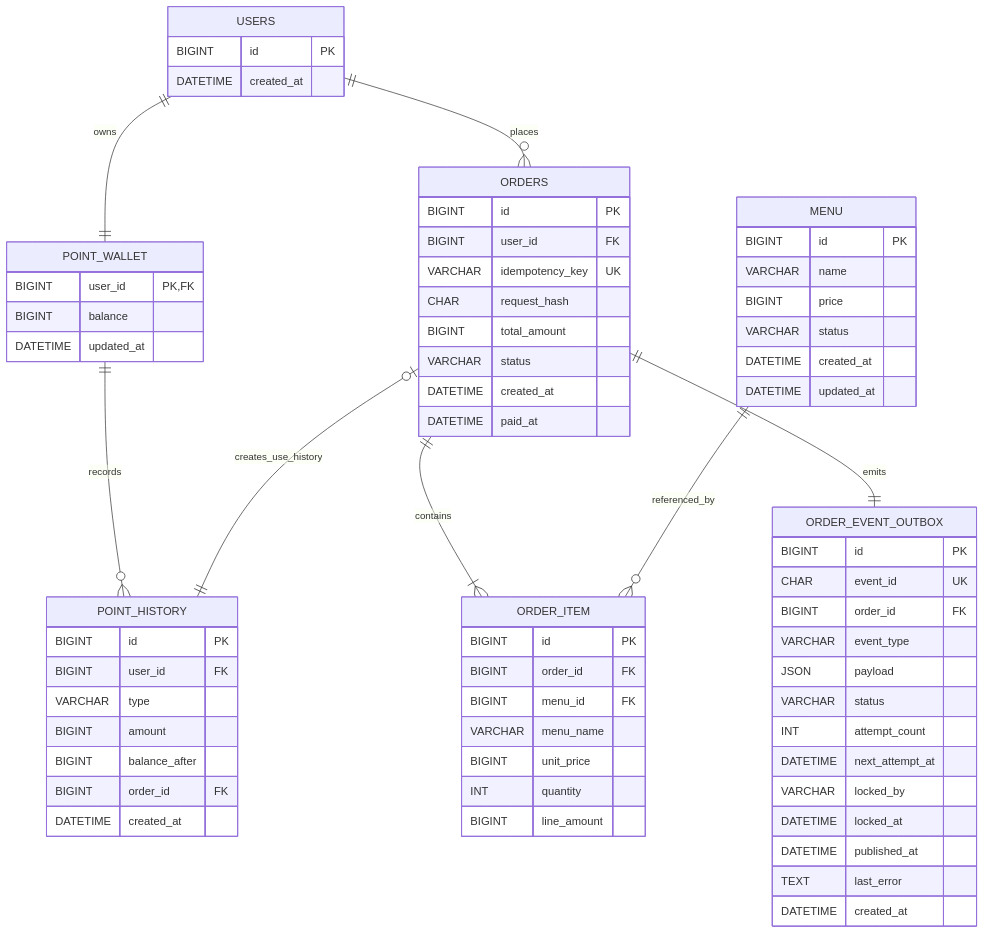
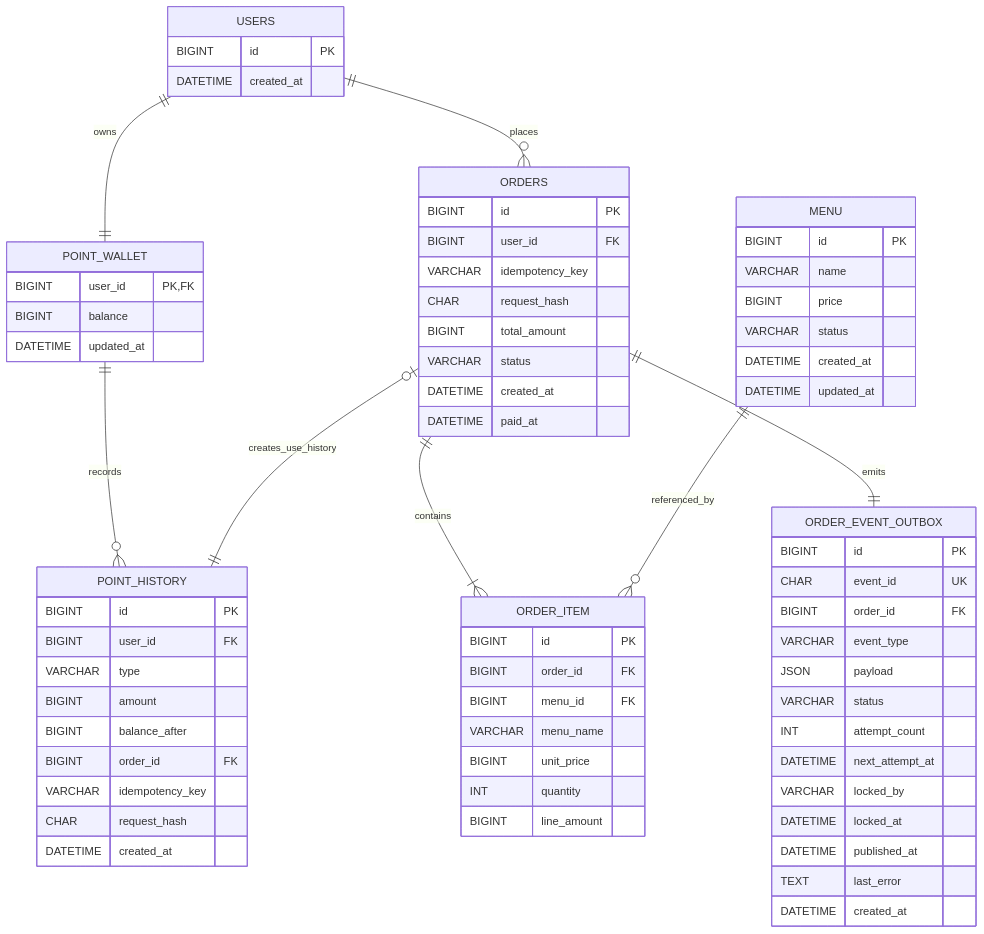
One commit to usersy628/coffee-order-system changed the second of 2 diagrams in README.md. Above: the diagram before and after it, drawn with Mermaid. The commit also changed other lines of this file, not shown here.

Commit message:
docs: harden point idempotency and concurrency

````diff
--- a/README.md
+++ b/README.md
@@ -282,77 +348,79 @@
 ```mermaid
 erDiagram
     USERS ||--|| POINT_WALLET : owns
     POINT_WALLET ||--o{ POINT_HISTORY : records
     USERS ||--o{ ORDERS : places
     ORDERS ||--|{ ORDER_ITEM : contains
     MENU ||--o{ ORDER_ITEM : referenced_by
     ORDERS o|--|| POINT_HISTORY : creates_use_history
     ORDERS ||--|| ORDER_EVENT_OUTBOX : emits
 
     USERS {
         BIGINT id PK
         DATETIME created_at
     }
 
     POINT_WALLET {
         BIGINT user_id PK,FK
         BIGINT balance
         DATETIME updated_at
     }
 
     POINT_HISTORY {
         BIGINT id PK
         BIGINT user_id FK
         VARCHAR type
         BIGINT amount
         BIGINT balance_after
         BIGINT order_id FK
+        VARCHAR idempotency_key
+        CHAR request_hash
         DATETIME created_at
     }
 
     MENU {
         BIGINT id PK
         VARCHAR name
         BIGINT price
         VARCHAR status
         DATETIME created_at
         DATETIME updated_at
     }
 
     ORDERS {
         BIGINT id PK
         BIGINT user_id FK
-        VARCHAR idempotency_key UK
+        VARCHAR idempotency_key
         CHAR request_hash
         BIGINT total_amount
         VARCHAR status
         DATETIME created_at
         DATETIME paid_at
     }
 
     ORDER_ITEM {
         BIGINT id PK
         BIGINT order_id FK
         BIGINT menu_id FK
         VARCHAR menu_name
         BIGINT unit_price
         INT quantity
         BIGINT line_amount
     }
 
     ORDER_EVENT_OUTBOX {
         BIGINT id PK
         CHAR event_id UK
         BIGINT order_id FK
         VARCHAR event_type
         JSON payload
         VARCHAR status
         INT attempt_count
         DATETIME next_attempt_at
         VARCHAR locked_by
         DATETIME locked_at
         DATETIME published_at
         TEXT last_error
         DATETIME created_at
     }
 ```
````
